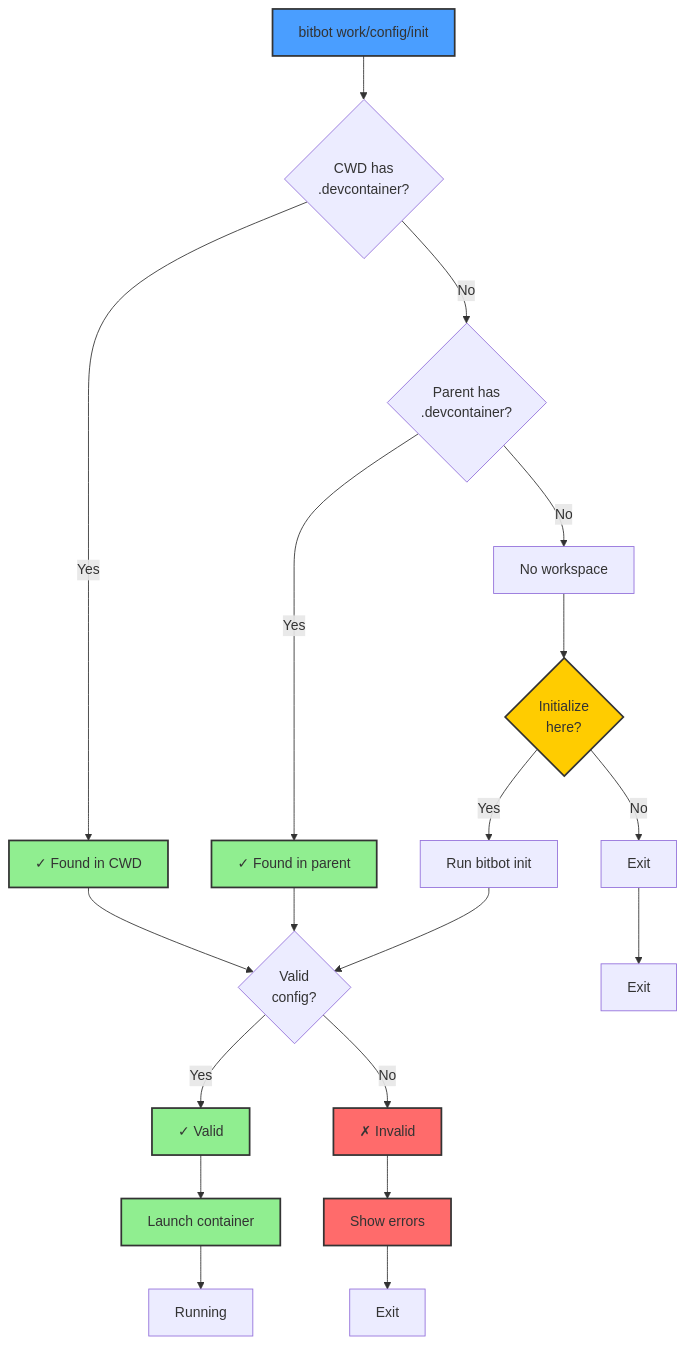
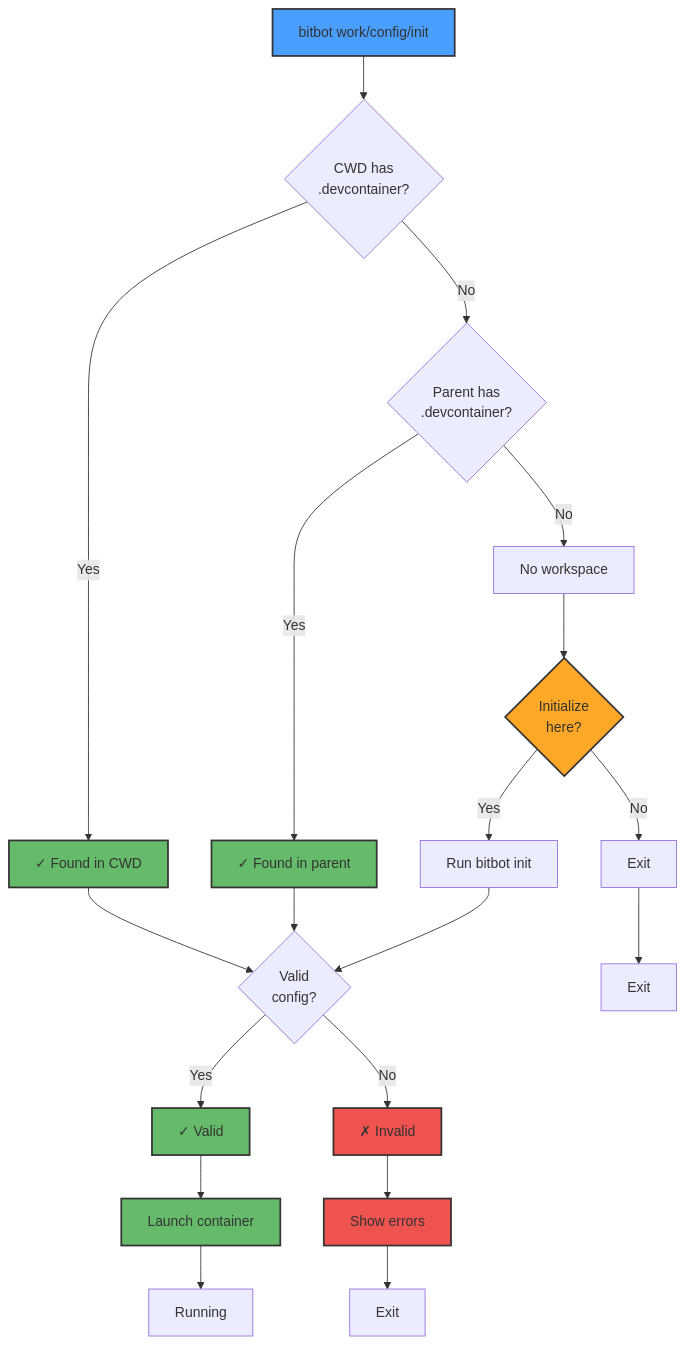
One commit to ManuelKugelmann/BitBot changed the first of 2 diagrams in sparc/3-architecture/diagrams/03-workspace-detection.md. Above: the diagram before and after it, drawn with Mermaid. The commit also changed other lines of this file and 6 other files, not shown here.

First line of the commit message:
Improve diagram colors for better dark text contrast

````diff
--- a/sparc/3-architecture/diagrams/03-workspace-detection.md
+++ b/sparc/3-architecture/diagrams/03-workspace-detection.md
@@ -5,59 +5,59 @@
 ```mermaid
 flowchart TD
     START[bitbot work/config/init]
 
     CWD_CHECK{CWD has<br/>.devcontainer?}
     CWD_FOUND[✓ Found in CWD]
 
     PARENT_CHECK{Parent has<br/>.devcontainer?}
     PARENT_FOUND[✓ Found in parent]
 
     NO_WORKSPACE[No workspace]
     PROMPT{Initialize<br/>here?}
 
     INIT_YES[Run bitbot init]
     INIT_NO[Exit]
 
     VALIDATE{Valid<br/>config?}
     VALID[✓ Valid]
     INVALID[✗ Invalid]
     ERROR[Show errors]
 
     LAUNCH[Launch container]
 
     START --> CWD_CHECK
 
     CWD_CHECK -->|Yes| CWD_FOUND
     CWD_CHECK -->|No| PARENT_CHECK
 
     PARENT_CHECK -->|Yes| PARENT_FOUND
     PARENT_CHECK -->|No| NO_WORKSPACE
 
     CWD_FOUND --> VALIDATE
     PARENT_FOUND --> VALIDATE
 
     NO_WORKSPACE --> PROMPT
     PROMPT -->|Yes| INIT_YES
     PROMPT -->|No| INIT_NO
 
     INIT_YES --> VALIDATE
     INIT_NO --> END1[Exit]
 
     VALIDATE -->|Yes| VALID
     VALIDATE -->|No| INVALID
 
     VALID --> LAUNCH
     INVALID --> ERROR
     ERROR --> END2[Exit]
 
     LAUNCH --> END3[Running]
 
     style START fill:#4a9eff,stroke:#333,stroke-width:2px
-    style CWD_FOUND fill:#90ee90,stroke:#333,stroke-width:2px
-    style PARENT_FOUND fill:#90ee90,stroke:#333,stroke-width:2px
-    style VALID fill:#90ee90,stroke:#333,stroke-width:2px
-    style LAUNCH fill:#90ee90,stroke:#333,stroke-width:2px
-    style ERROR fill:#ff6b6b,stroke:#333,stroke-width:2px
-    style INVALID fill:#ff6b6b,stroke:#333,stroke-width:2px
-    style PROMPT fill:#ffcc00,stroke:#333,stroke-width:2px
+    style CWD_FOUND fill:#66bb6a,stroke:#333,stroke-width:2px
+    style PARENT_FOUND fill:#66bb6a,stroke:#333,stroke-width:2px
+    style VALID fill:#66bb6a,stroke:#333,stroke-width:2px
+    style LAUNCH fill:#66bb6a,stroke:#333,stroke-width:2px
+    style ERROR fill:#ef5350,stroke:#333,stroke-width:2px
+    style INVALID fill:#ef5350,stroke:#333,stroke-width:2px
+    style PROMPT fill:#ffa726,stroke:#333,stroke-width:2px
 ```
````
